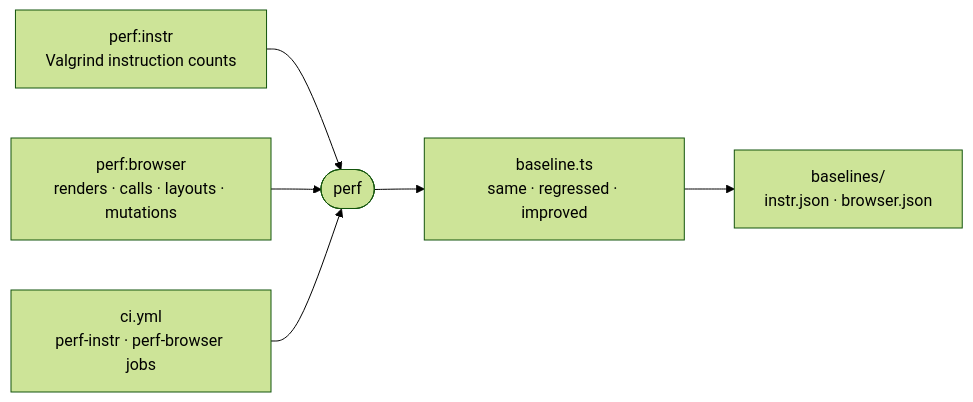
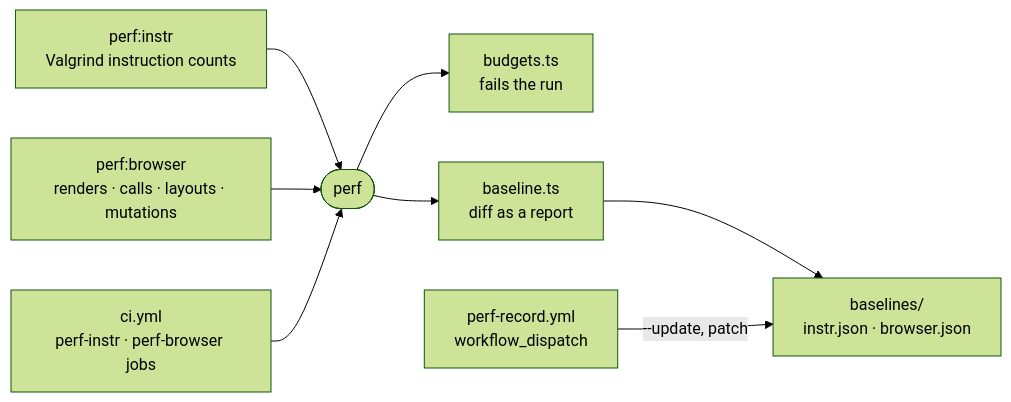
One commit to intentic/intentic changed the diagram in _tools/perf/README.md. Above: the diagram before and after it, drawn with Mermaid (forest theme). The commit also changed other lines of this file and 25 other files, not shown here.

Commit message:
refactor(verify): add tightenBaselines and judgeBudgets with perf-record.yml

````diff
--- a/_tools/perf/README.md
+++ b/_tools/perf/README.md
@@ -5,8 +5,10 @@
 ```mermaid
 flowchart LR
     instr["perf:instr<br/>Valgrind instruction counts"] --> perf(["perf"])
     browser["perf:browser<br/>renders · calls · layouts · mutations"] --> perf
-    perf --> judge["baseline.ts<br/>same · regressed · improved"]
+    perf --> budgets["budgets.ts<br/>fails the run"]
+    perf --> judge["baseline.ts<br/>diff as a report"]
     judge --> files["baselines/<br/>instr.json · browser.json"]
     ci["ci.yml<br/>perf-instr · perf-browser jobs"] --> perf
+    record["perf-record.yml<br/>workflow_dispatch"] -->|"--update, patch"| files
 ```
````
